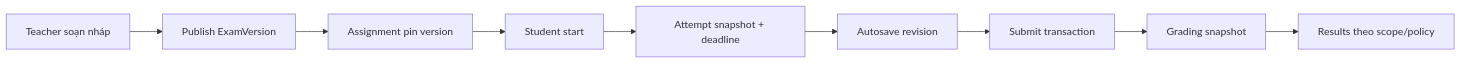
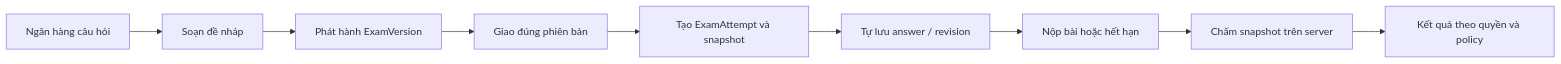
One commit to MinhQuann205/Online-Examination-System changed the second of 2 diagrams in docs/ARCHITECTURE.md. Above: the diagram before and after it, drawn with Mermaid. The commit also changed other lines of this file and 119 other files, not shown here.

````diff
--- a/docs/ARCHITECTURE.md
+++ b/docs/ARCHITECTURE.md
@@ -23,11 +48,11 @@
 ```mermaid
 flowchart LR
-  T[Teacher soạn nháp] --> V[Publish ExamVersion]
-  V --> A[Assignment pin version]
-  A --> S[Student start]
-  S --> AT[Attempt snapshot + deadline]
-  AT --> AS[Autosave revision]
-  AS --> SU[Submit transaction]
-  SU --> G[Grading snapshot]
-  G --> R[Results theo scope/policy]
+  Q[Ngân hàng câu hỏi] --> E[Soạn đề nháp]
+  E --> V[Phát hành ExamVersion]
+  V --> A[Giao đúng phiên bản]
+  A --> T[Tạo ExamAttempt và snapshot]
+  T --> S[Tự lưu answer / revision]
+  S --> F[Nộp bài hoặc hết hạn]
+  F --> G[Chấm snapshot trên server]
+  G --> R[Kết quả theo quyền và policy]
 ```
````
